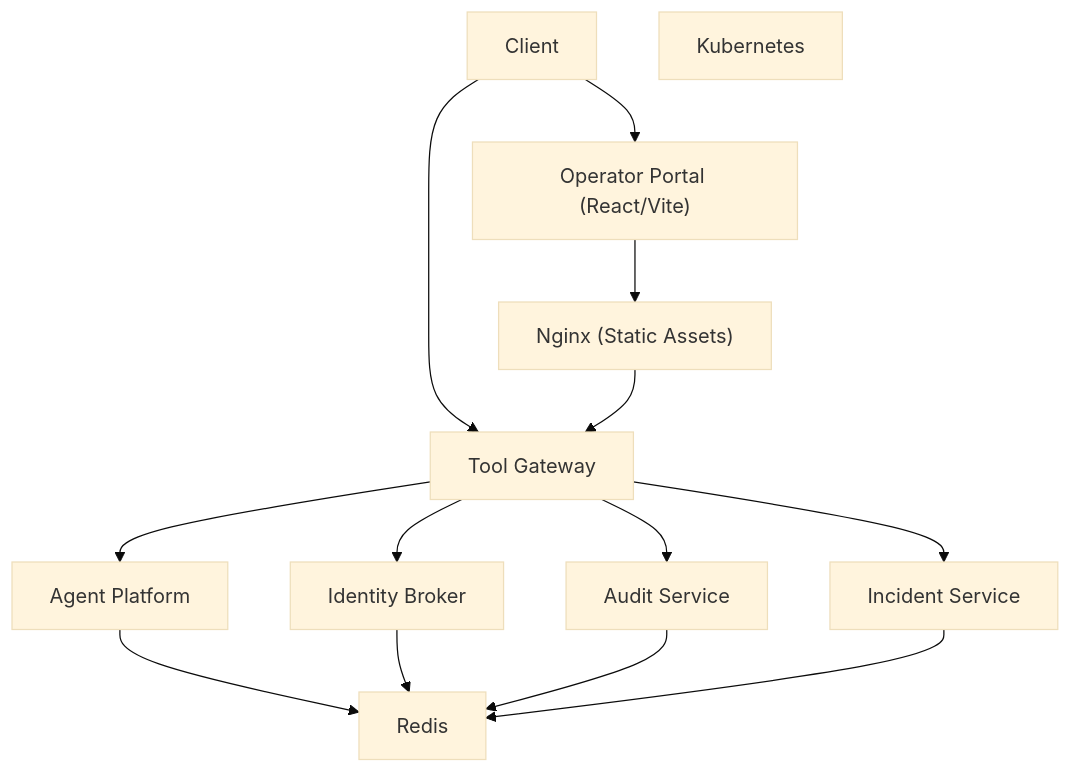
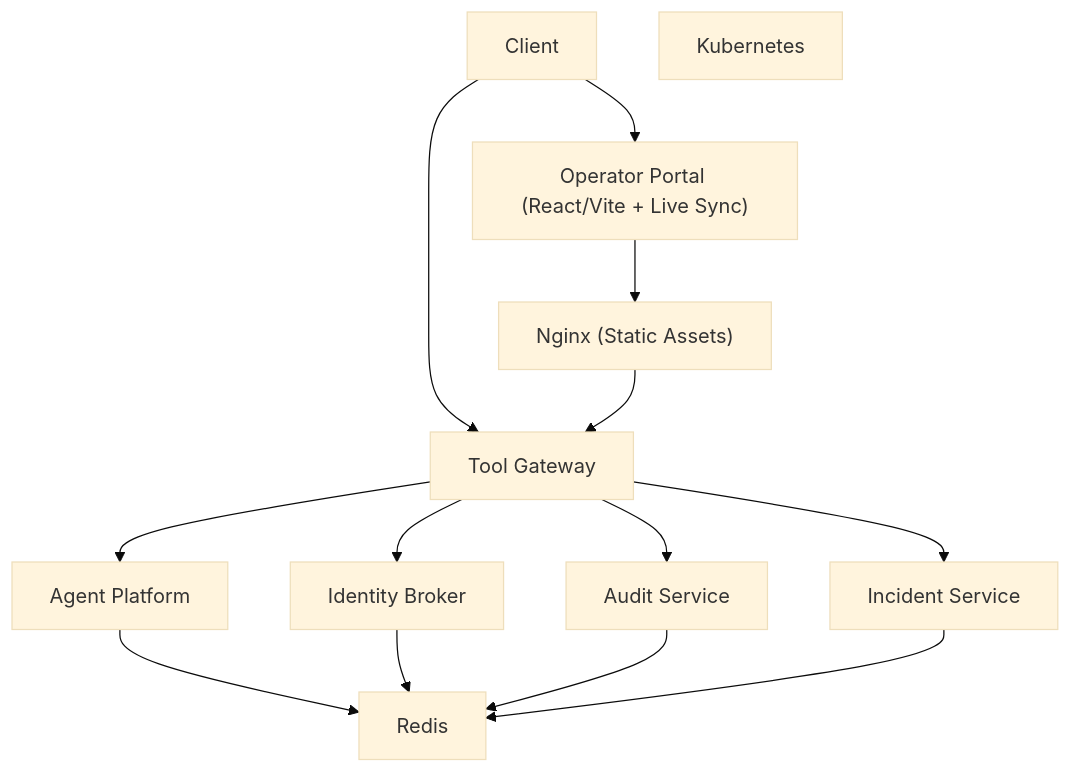
One commit to metasync/luban-aiops changed the second of 2 diagrams in .qoder/repowiki/en/content/Getting Started.md. Above: the diagram before and after it, drawn with Mermaid (base theme). The commit also changed other lines of this file and 18 other files, not shown here.

````diff
--- a/.qoder/repowiki/en/content/Getting Started.md
+++ b/.qoder/repowiki/en/content/Getting Started.md
@@ -480,25 +498,25 @@
 ```mermaid
 graph TB
 Client["Client"]
 GW["Tool Gateway"]
 IDB["Identity Broker"]
 AP["Agent Platform"]
-OP["Operator Portal (React/Vite)"]
+OP["Operator Portal (React/Vite + Live Sync)"]
 AS["Audit Service"]
 IS["Incident Service"]
 RDS["Redis"]
 K8S["Kubernetes"]
 NGINX["Nginx (Static Assets)"]
 Client --> GW
 Client --> OP
 GW --> IDB
 GW --> AP
 GW --> AS
 GW --> IS
 OP --> NGINX
 NGINX --> GW
 AP --> RDS
 IDB --> RDS
 AS --> RDS
 IS --> RDS
 ```
````
